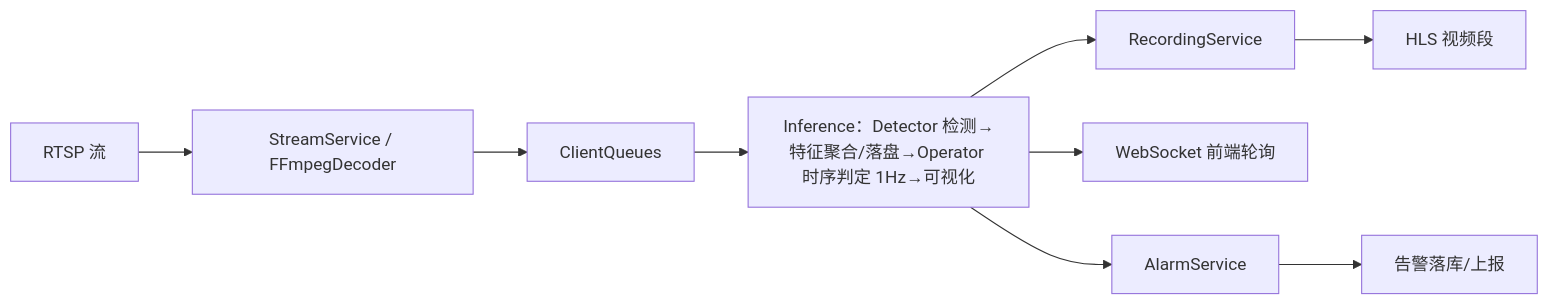
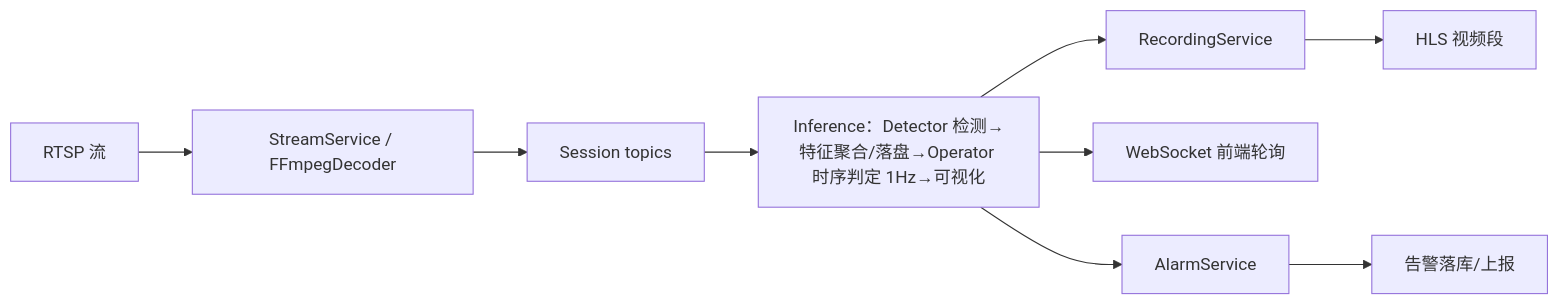
The diagram in README.md (Jiadezhende/CleanSightBackend), drawn with Mermaid before and after one commit. The commit also changed other lines of this file and 24 other files, not shown here.

Commit message:
refact(session): 删除 client 包，配置读取平移进 session，session 包上导入门禁，规范 §3 改为跨服务运行数据走 topic

````diff
--- a/README.md
+++ b/README.md
@@ -111,11 +111,11 @@
 ```mermaid
 graph LR
     A[RTSP 流] --> B[StreamService / FFmpegDecoder]
-    B --> C[ClientQueues]
+    B --> C[Session topics]
     C --> D[Inference：Detector 检测→特征聚合/落盘→Operator 时序判定 1Hz→可视化]
     D --> E[RecordingService]
     D --> F[WebSocket 前端轮询]
     D --> H[AlarmService]
     E --> G[HLS 视频段]
     H --> I[告警落库/上报]
 ```
````
